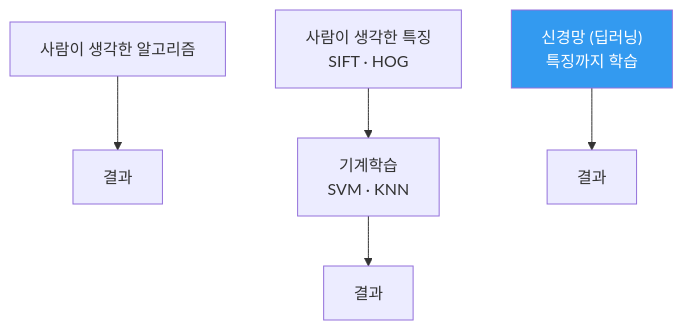
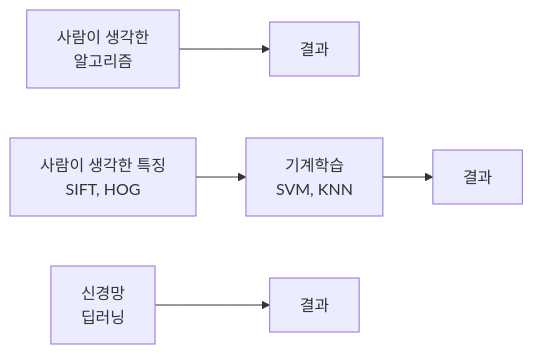
The diagram in ComputerScience/03_ai-ml-data/neural-networks/03. 신경망 학습.md (umyunsang/edu), drawn with Mermaid before and after one commit. The commit also changed other lines of this file, not shown here.

Commit message:
Auto-save: Updated ComputerScience/03_ai-ml-data/neural-networks/03. 신경망 학습.md

````diff
--- a/ComputerScience/03_ai-ml-data/neural-networks/03. 신경망 학습.md
+++ b/ComputerScience/03_ai-ml-data/neural-networks/03. 신경망 학습.md
@@ -36,8 +32,7 @@
 ```mermaid
-flowchart TD
-    A["사람이 생각한 알고리즘"] --> R1["결과"]
-    B["사람이 생각한 특징<br/>SIFT · HOG"] --> C["기계학습<br/>SVM · KNN"] --> R2["결과"]
-    D["신경망 (딥러닝)<br/>특징까지 학습"] --> R3["결과"]
-
-    style D fill:#339af0,color:#fff
+flowchart LR
+    A["사람이 생각한<br/>알고리즘"] --> R1["결과"]
+    B["사람이 생각한 특징<br/>SIFT, HOG"] --> B2["기계학습<br/>SVM, KNN"]
+    B2 --> R2["결과"]
+    C["신경망<br/>딥러닝"] --> R3["결과"]
 ```
````
